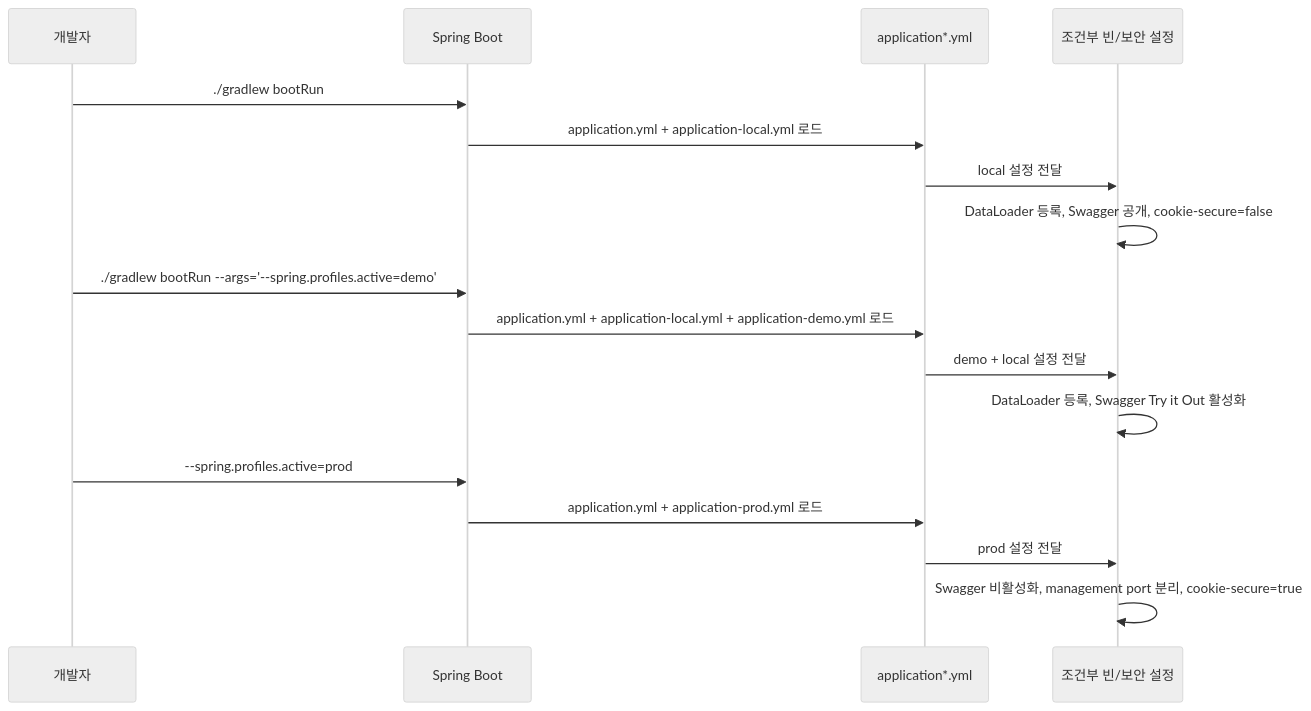
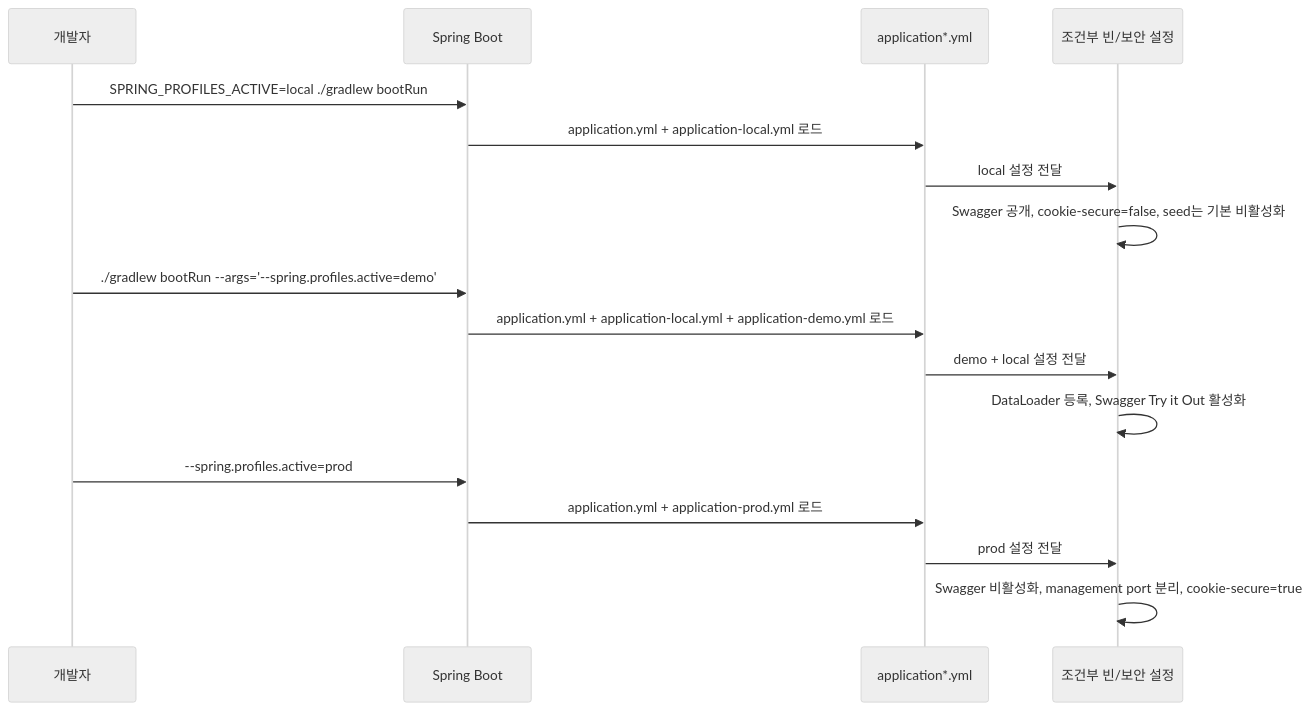
One commit to answndud/Kindergarten_ERP changed the second of 2 diagrams in blog/04-application-yml-and-profile-strategy.md. Above: the diagram before and after it, drawn with Mermaid (neutral theme). The commit also changed other lines of this file and 38 other files, not shown here.

````diff
--- a/blog/04-application-yml-and-profile-strategy.md
+++ b/blog/04-application-yml-and-profile-strategy.md
@@ -540,22 +555,22 @@
 ```mermaid
 sequenceDiagram
     participant Dev as 개발자
     participant Boot as Spring Boot
     participant Yml as application*.yml
     participant Code as 조건부 빈/보안 설정
 
-    Dev->>Boot: ./gradlew bootRun
+    Dev->>Boot: SPRING_PROFILES_ACTIVE=local ./gradlew bootRun
     Boot->>Yml: application.yml + application-local.yml 로드
     Yml->>Code: local 설정 전달
-    Code->>Code: DataLoader 등록, Swagger 공개, cookie-secure=false
+    Code->>Code: Swagger 공개, cookie-secure=false, seed는 기본 비활성화
 
     Dev->>Boot: ./gradlew bootRun --args='--spring.profiles.active=demo'
     Boot->>Yml: application.yml + application-local.yml + application-demo.yml 로드
     Yml->>Code: demo + local 설정 전달
     Code->>Code: DataLoader 등록, Swagger Try it Out 활성화
 
     Dev->>Boot: --spring.profiles.active=prod
     Boot->>Yml: application.yml + application-prod.yml 로드
     Yml->>Code: prod 설정 전달
     Code->>Code: Swagger 비활성화, management port 분리, cookie-secure=true
 ```
````
